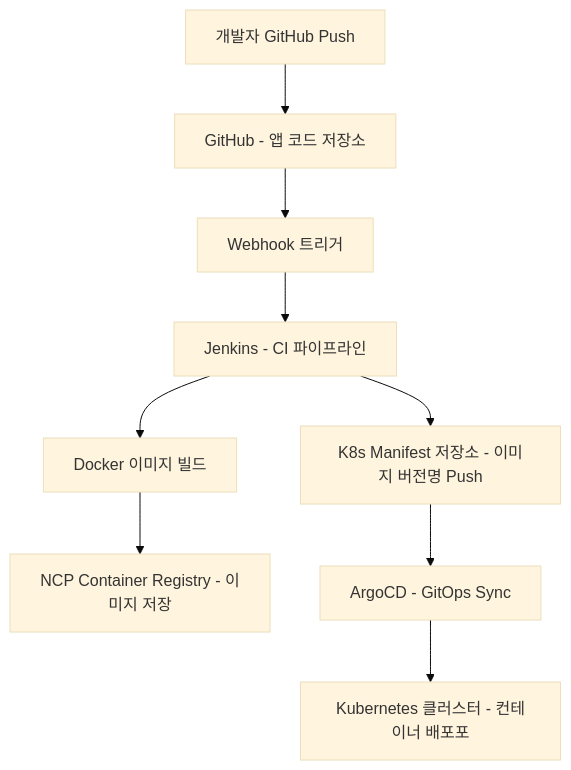
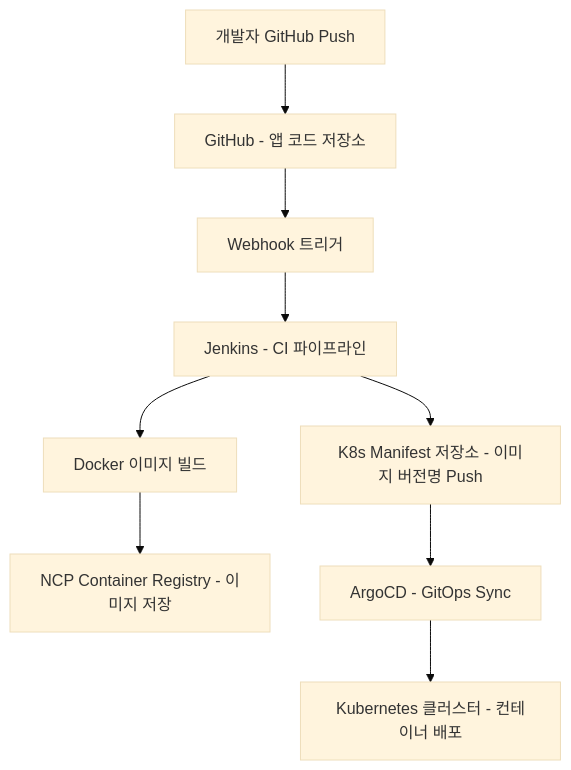
The first of 2 diagrams in README.md (stylealist/sj-lab), drawn with Mermaid (base theme) before and after one commit. The commit also changed other lines of this file, not shown here.

````diff
--- a/README.md
+++ b/README.md
@@ -42,17 +42,17 @@
 ```mermaid
 graph TD
   Dev[개발자 GitHub Push]
   GitHub[GitHub - 앱 코드 저장소]
   Webhook[Webhook 트리거]
   Jenkins[Jenkins - CI 파이프라인]
   DockerBuild[Docker 이미지 빌드]
   Registry["NCP Container Registry - 이미지 저장"]
   ManifestRepo["K8s Manifest 저장소 - 이미지 버전명 Push"]
   ArgoCD[ArgoCD - GitOps Sync]
-  K8s[Kubernetes 클러스터 - 컨테이너 배포포]
+  K8s[Kubernetes 클러스터 - 컨테이너 배포]
 
   Dev --> GitHub --> Webhook --> Jenkins
   Jenkins --> DockerBuild --> Registry
   Jenkins --> ManifestRepo
   ManifestRepo --> ArgoCD --> K8s
 ```
````
